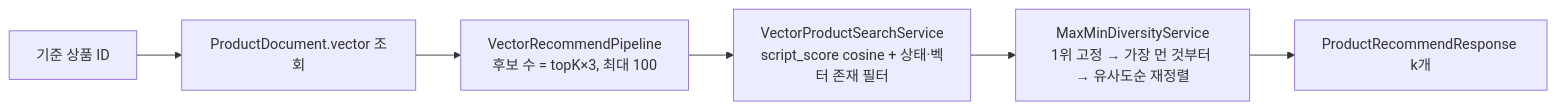
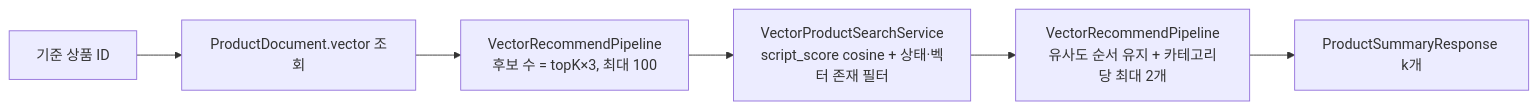
One commit to chhezue/baro-farm changed the diagram in baro-ai/docs/features/vector-similarity.md. Above: the diagram before and after it, drawn with Mermaid. The commit also changed other lines of this file and 32 other files, not shown here.

````diff
--- a/baro-ai/docs/features/vector-similarity.md
+++ b/baro-ai/docs/features/vector-similarity.md
@@ -21,8 +21,8 @@
 ```mermaid
 flowchart LR
     A[기준 상품 ID] --> B[ProductDocument.vector 조회]
     B --> C[VectorRecommendPipeline<br/>후보 수 = topK×3, 최대 100]
     C --> D[VectorProductSearchService<br/>script_score cosine + 상태·벡터 존재 필터]
-    D --> E[MaxMinDiversityService<br/>1위 고정 → 가장 먼 것부터 → 유사도순 재정렬]
-    E --> F[ProductRecommendResponse k개]
+    D --> E[VectorRecommendPipeline<br/>유사도 순서 유지 + 카테고리당 최대 2개]
+    E --> F[ProductSummaryResponse k개]
 ```
````
